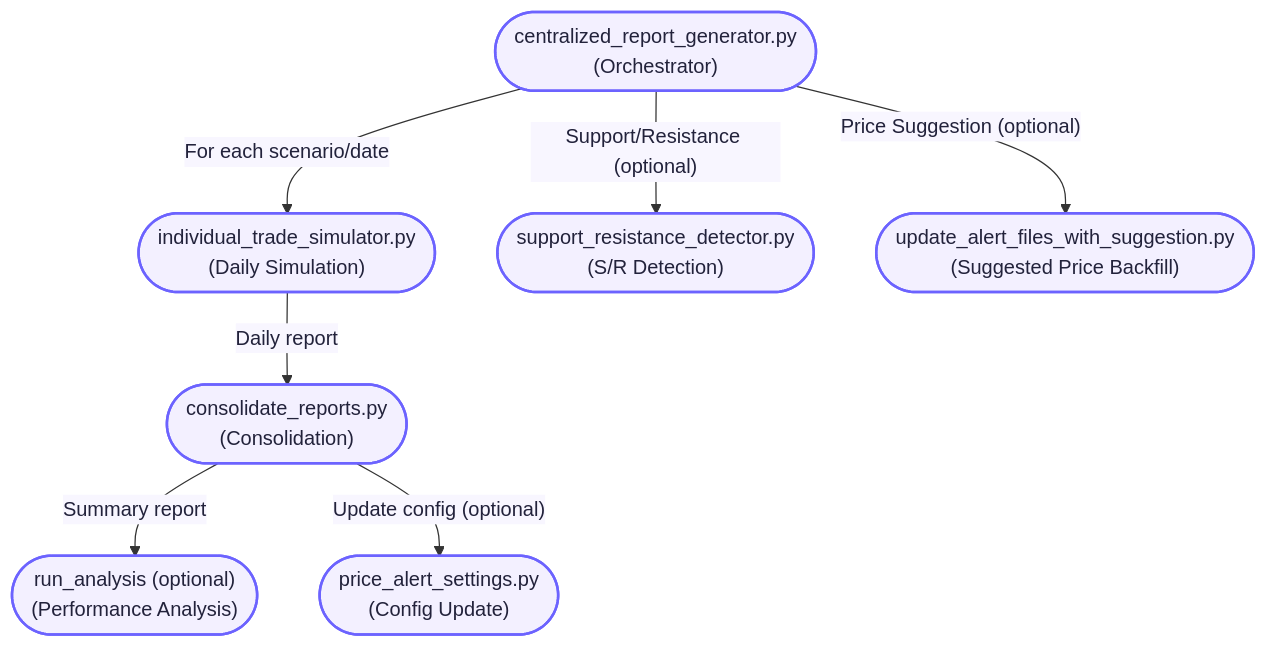
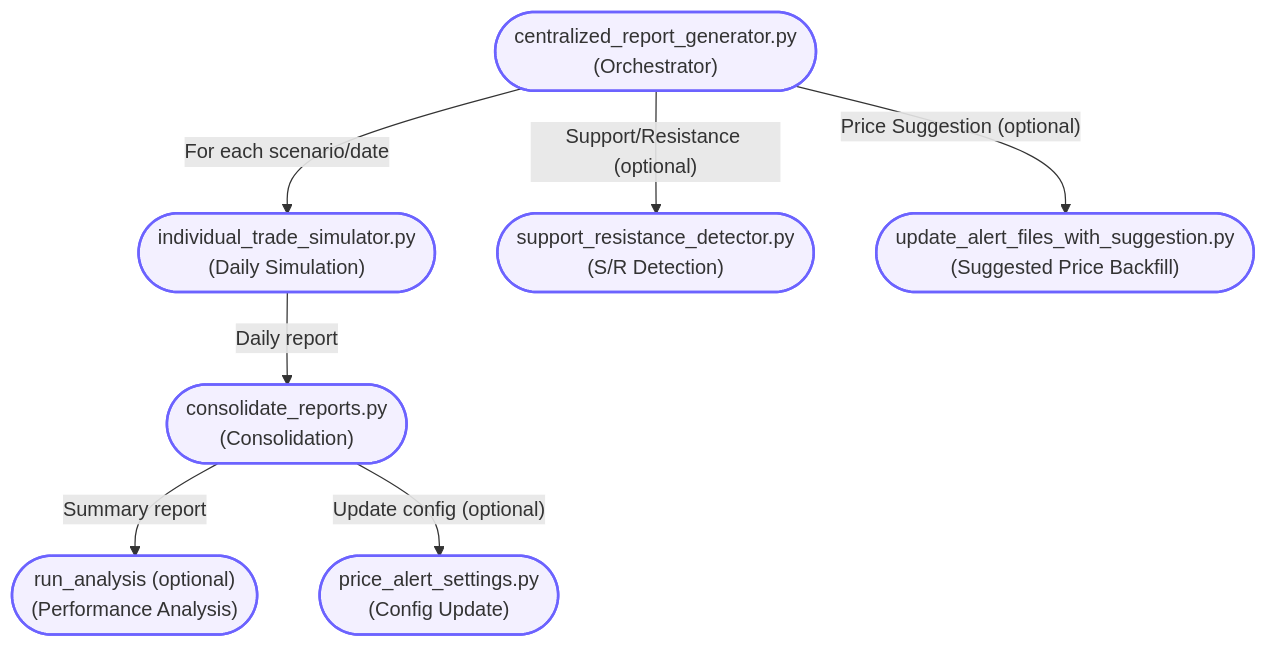
The first of 2 diagrams in docs/ARCHITECTURE/BACKTESTING_AND_PERFORMANCE.md (haud-tech-org/stock_trading), drawn with Mermaid before and after one commit.

Commit message:
clean docs

````diff
--- a/docs/ARCHITECTURE/BACKTESTING_AND_PERFORMANCE.md
+++ b/docs/ARCHITECTURE/BACKTESTING_AND_PERFORMANCE.md
@@ -61,18 +61,17 @@
 ```mermaid
-%%{init: { 'themeVariables': { 'nodeBorder': '#6c63ff', 'mainBkg': '#f3f0ff', 'fontFamily': 'Inter, Arial', 'fontSize': '16px', 'edgeLabelBackground':'#f8f6ff', 'clusterBkg': '#f8f6ff', 'clusterBorder': '#9467bd', 'primaryColor': '#6c63ff', 'secondaryColor': '#9467bd', 'tertiaryColor': '#f8f6ff', 'textColor': '#22223b' } } }%%
 flowchart TD
   A(["centralized_report_generator.py<br/>(Orchestrator)"]) -->|"For each scenario/date"| B(["individual_trade_simulator.py<br/>(Daily Simulation)"])
   B -->|"Daily report"| C(["consolidate_reports.py<br/>(Consolidation)"])
   C -->|"Summary report"| D(["run_analysis (optional)<br/>(Performance Analysis)"])
   A -->|"Support/Resistance (optional)"| E(["support_resistance_detector.py<br/>(S/R Detection)"])
   A -->|"Price Suggestion (optional)"| F(["update_alert_files_with_suggestion.py<br/>(Suggested Price Backfill)"])
   C -->|"Update config (optional)"| G(["price_alert_settings.py<br/>(Config Update)"])
   %% Rectangle style for main nodes
   style A fill:#f3f0ff,stroke:#6c63ff,stroke-width:2px
   style B fill:#f3f0ff,stroke:#6c63ff,stroke-width:2px
   style C fill:#f3f0ff,stroke:#6c63ff,stroke-width:2px
   style D fill:#f3f0ff,stroke:#6c63ff,stroke-width:2px
   style E fill:#f3f0ff,stroke:#6c63ff,stroke-width:2px
   style F fill:#f3f0ff,stroke:#6c63ff,stroke-width:2px
   style G fill:#f3f0ff,stroke:#6c63ff,stroke-width:2px
 ```
````
